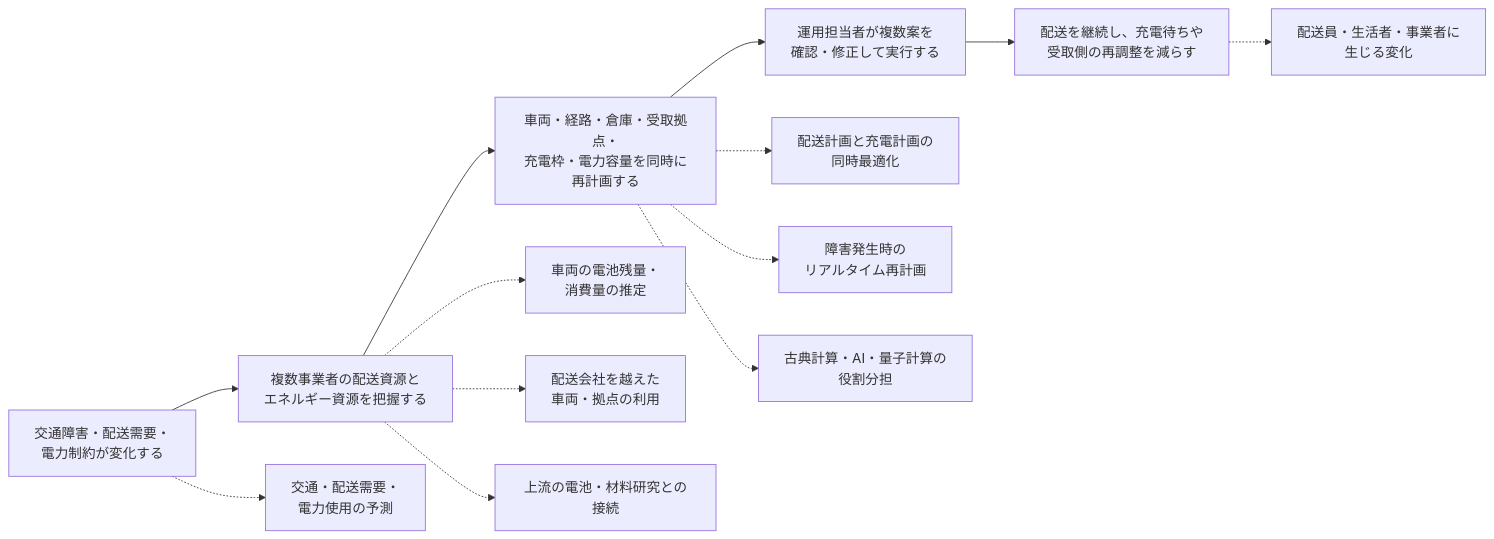
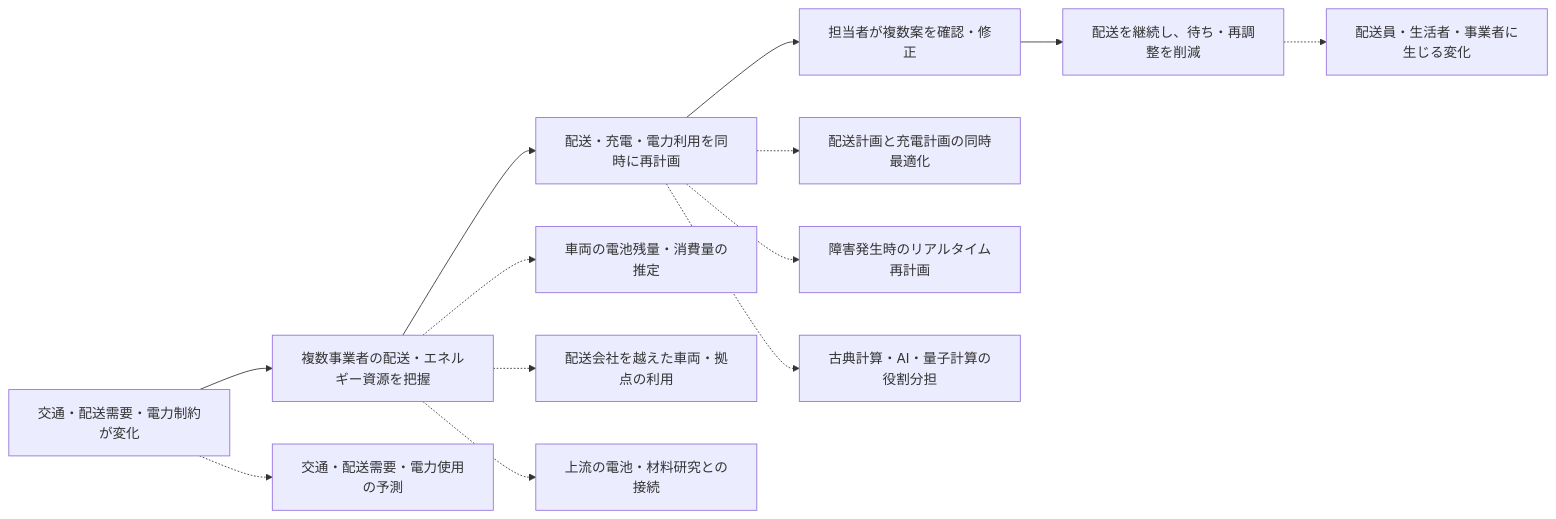
The first of 3 diagrams in docs/m1-01-to-m1-07-background-ideas-story-trunks-mermaid-ja.md (tkm-sano/everyday-futures-to-quantum-use-cases), drawn with Mermaid before and after one commit. The commit also changed other lines of this file and 3 other files, not shown here.

````diff
--- a/docs/m1-01-to-m1-07-background-ideas-story-trunks-mermaid-ja.md
+++ b/docs/m1-01-to-m1-07-background-ideas-story-trunks-mermaid-ja.md
@@ -249,28 +249,28 @@
 ```mermaid
 flowchart LR
-    A1["交通障害・配送需要・<br/>電力制約が変化する"]
-    A2["複数事業者の配送資源と<br/>エネルギー資源を把握する"]
-    A3["車両・経路・倉庫・受取拠点・<br/>充電枠・電力容量を同時に再計画する"]
-    A4["運用担当者が複数案を<br/>確認・修正して実行する"]
-    A5["配送を継続し、充電待ちや<br/>受取側の再調整を減らす"]
+    A1["交通・配送需要・電力制約が変化"]
+    A2["複数事業者の配送・エネルギー資源を把握"]
+    A3["配送・充電・電力利用を同時に再計画"]
+    A4["担当者が複数案を確認・修正"]
+    A5["配送を継続し、待ち・再調整を削減"]
 
     A1 --> A2 --> A3 --> A4 --> A5
 
-    B1["交通・配送需要・<br/>電力使用の予測"]
-    B2["車両の電池残量・<br/>消費量の推定"]
-    B3["配送会社を越えた<br/>車両・拠点の利用"]
-    B4["配送計画と充電計画の<br/>同時最適化"]
-    B5["障害発生時の<br/>リアルタイム再計画"]
+    B1["交通・配送需要・電力使用の予測"]
+    B2["車両の電池残量・消費量の推定"]
+    B3["配送会社を越えた車両・拠点の利用"]
+    B4["配送計画と充電計画の同時最適化"]
+    B5["障害発生時のリアルタイム再計画"]
     B6["上流の電池・材料研究との接続"]
-    B7["古典計算・AI・量子計算の<br/>役割分担"]
-    B8["配送員・生活者・事業者に<br/>生じる変化"]
+    B7["古典計算・AI・量子計算の役割分担"]
+    B8["配送員・生活者・事業者に生じる変化"]
 
     A1 -.-> B1
     A2 -.-> B2
     A2 -.-> B3
     A3 -.-> B4
     A3 -.-> B5
     A2 -.-> B6
     A3 -.-> B7
     A5 -.-> B8
 ```
````
